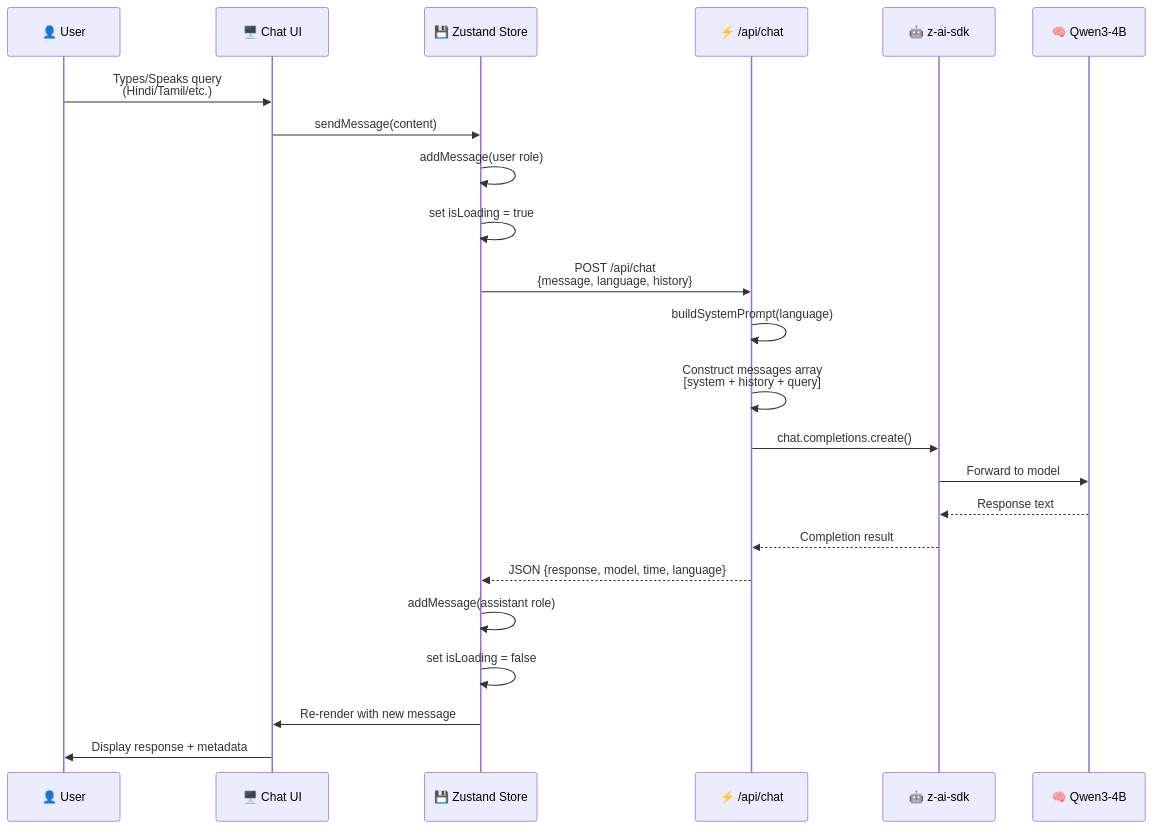
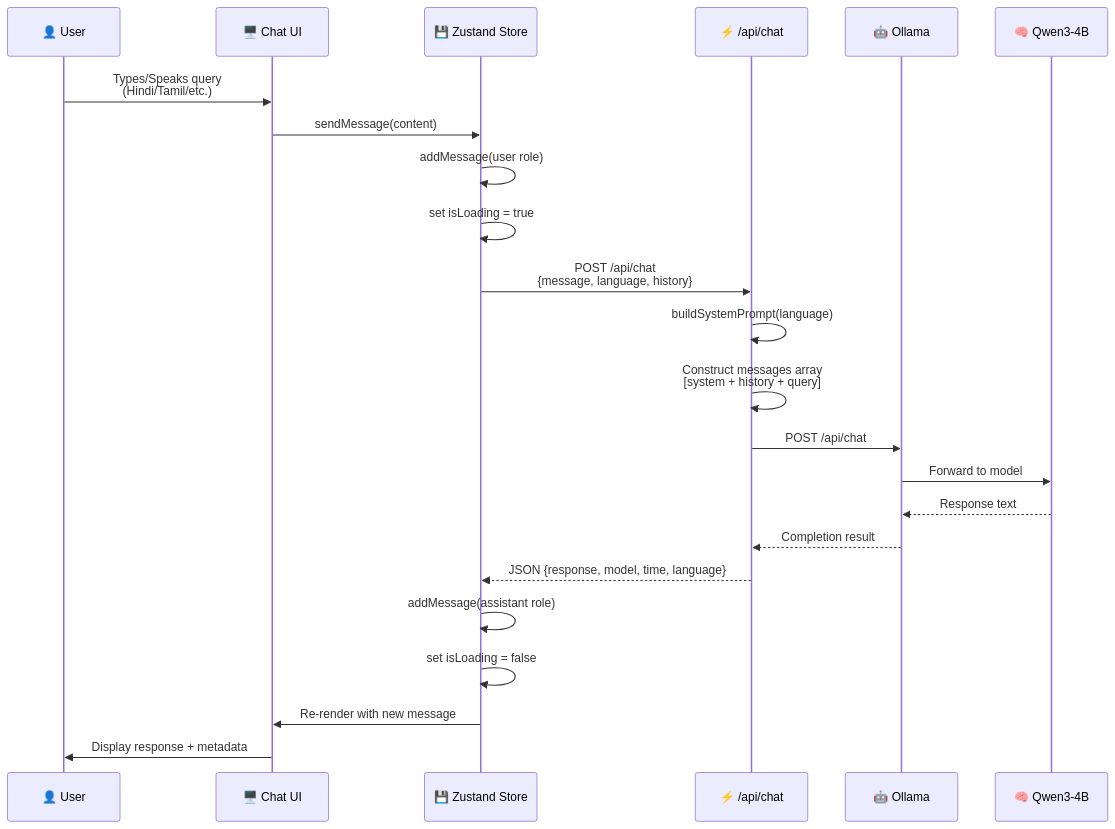
Before and after one commit to yashrao2607/arthsathi: the second of 15 diagrams in README.md, drawn with Mermaid. The commit also changed other lines of this file, not shown here.

````diff
--- a/README.md
+++ b/README.md
@@ -194,26 +194,26 @@
 ```mermaid
 sequenceDiagram
     participant U as 👤 User
     participant UI as 🖥️ Chat UI
     participant Store as 💾 Zustand Store
     participant API as ⚡ /api/chat
-    participant SDK as 🤖 z-ai-sdk
+    participant SDK as 🤖 Ollama
     participant LLM as 🧠 Qwen3-4B
 
     U->>UI: Types/Speaks query<br/>(Hindi/Tamil/etc.)
     UI->>Store: sendMessage(content)
     Store->>Store: addMessage(user role)
     Store->>Store: set isLoading = true
     Store->>API: POST /api/chat<br/>{message, language, history}
     API->>API: buildSystemPrompt(language)
     API->>API: Construct messages array<br/>[system + history + query]
-    API->>SDK: chat.completions.create()
+    API->>SDK: POST /api/chat
     SDK->>LLM: Forward to model
     LLM-->>SDK: Response text
     SDK-->>API: Completion result
     API-->>Store: JSON {response, model, time, language}
     Store->>Store: addMessage(assistant role)
     Store->>Store: set isLoading = false
     Store->>UI: Re-render with new message
     UI->>U: Display response + metadata
 ```
````
